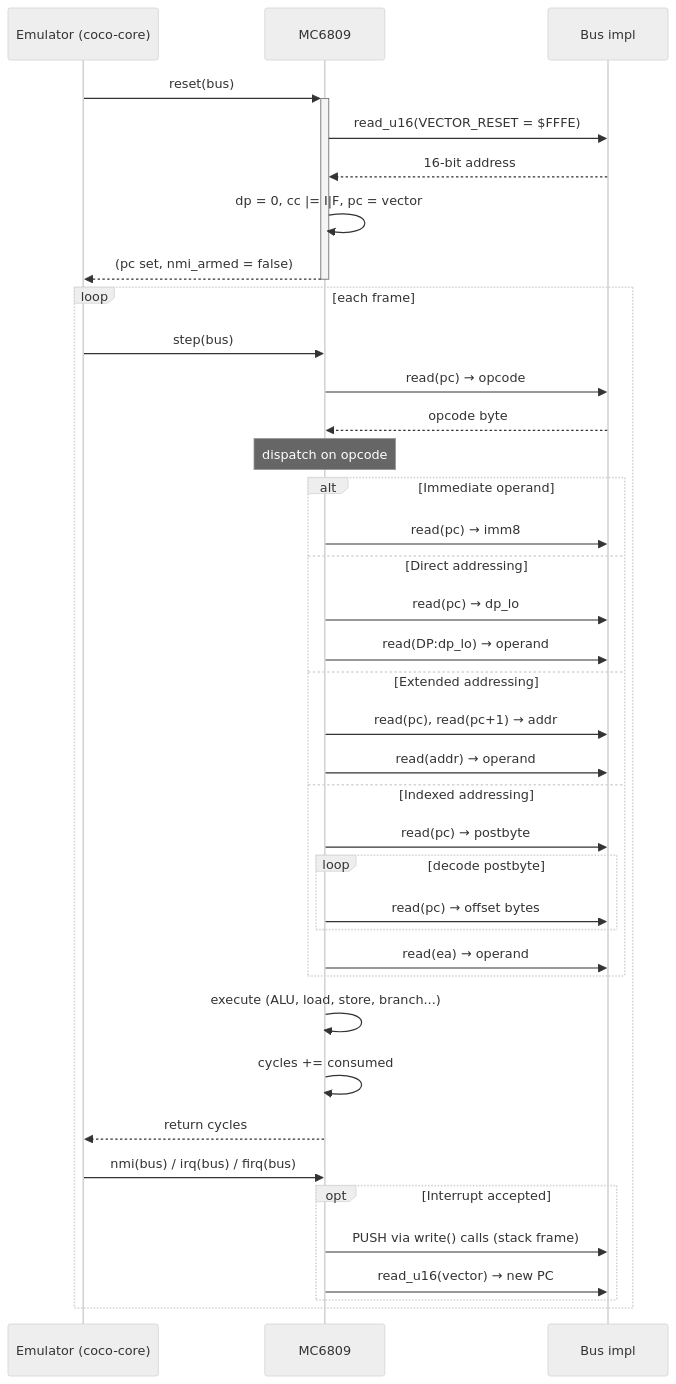
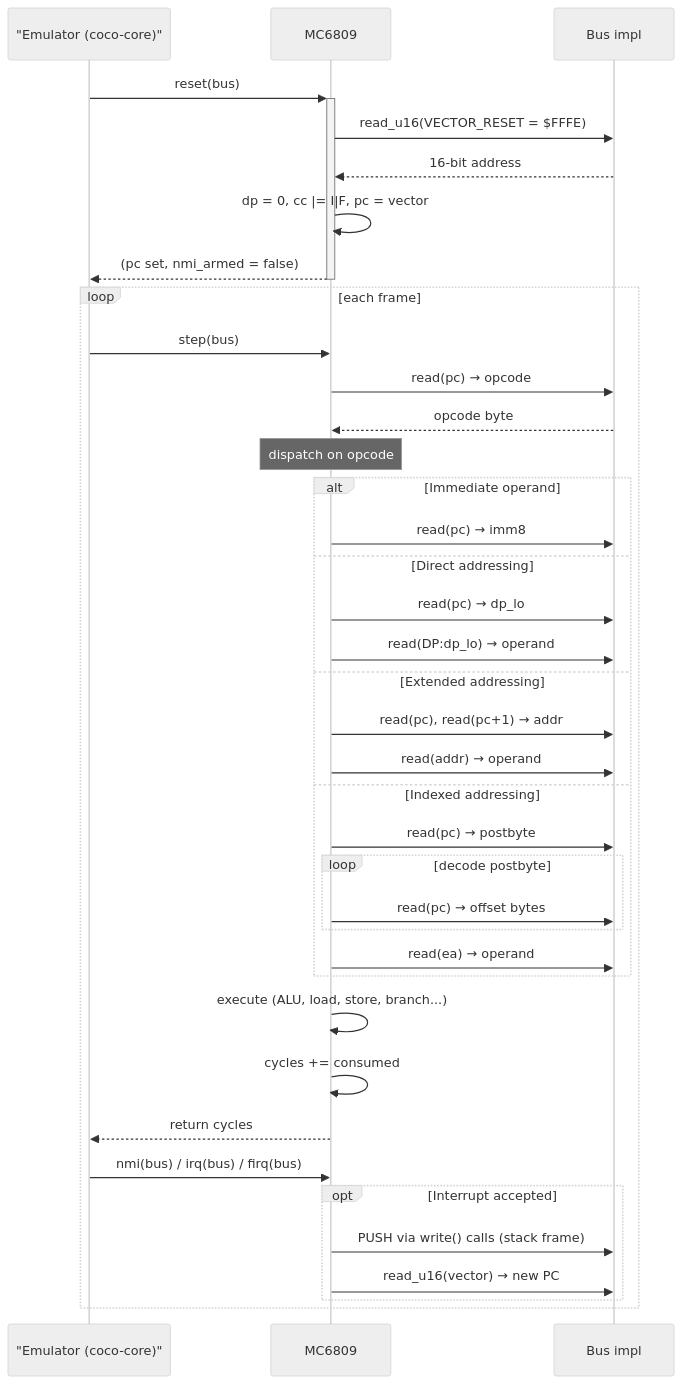
The sixth of 12 diagrams in crates/mc6809/diagrams.md (sperano/cocovm), drawn with Mermaid (neutral theme) before and after one commit. The commit also changed other lines of this file, not shown here.

First line of the commit message:
fix: escape mermaid syntax errors in mc6809 diagrams

````diff
--- a/crates/mc6809/diagrams.md
+++ b/crates/mc6809/diagrams.md
@@ -214,45 +211,45 @@
 ```mermaid
 sequenceDiagram
-    participant Emu as Emulator (coco-core)
+    participant Emu as "Emulator (coco-core)"
     participant CPU as MC6809
     participant Bus as Bus impl
 
     Emu->>+CPU: reset(bus)
     CPU->>Bus: read_u16(VECTOR_RESET = $FFFE)
     Bus-->>CPU: 16-bit address
     CPU->>CPU: dp = 0, cc |= I|F, pc = vector
     CPU-->>-Emu: (pc set, nmi_armed = false)
 
     loop each frame
         Emu->>CPU: step(bus)
         CPU->>Bus: read(pc) → opcode
         Bus-->>CPU: opcode byte
         Note over CPU: dispatch on opcode
 
         alt Immediate operand
             CPU->>Bus: read(pc) → imm8
         else Direct addressing
             CPU->>Bus: read(pc) → dp_lo
             CPU->>Bus: read(DP:dp_lo) → operand
         else Extended addressing
             CPU->>Bus: read(pc), read(pc+1) → addr
             CPU->>Bus: read(addr) → operand
         else Indexed addressing
             CPU->>Bus: read(pc) → postbyte
             loop decode postbyte
                 CPU->>Bus: read(pc) → offset bytes
             end
             CPU->>Bus: read(ea) → operand
         end
 
         CPU->>CPU: execute (ALU, load, store, branch...)
         CPU->>CPU: cycles += consumed
         CPU-->>Emu: return cycles
 
         Emu->>CPU: nmi(bus) / irq(bus) / firq(bus)
         opt Interrupt accepted
             CPU->>Bus: PUSH via write() calls (stack frame)
             CPU->>Bus: read_u16(vector) → new PC
         end
     end
 ```
````
